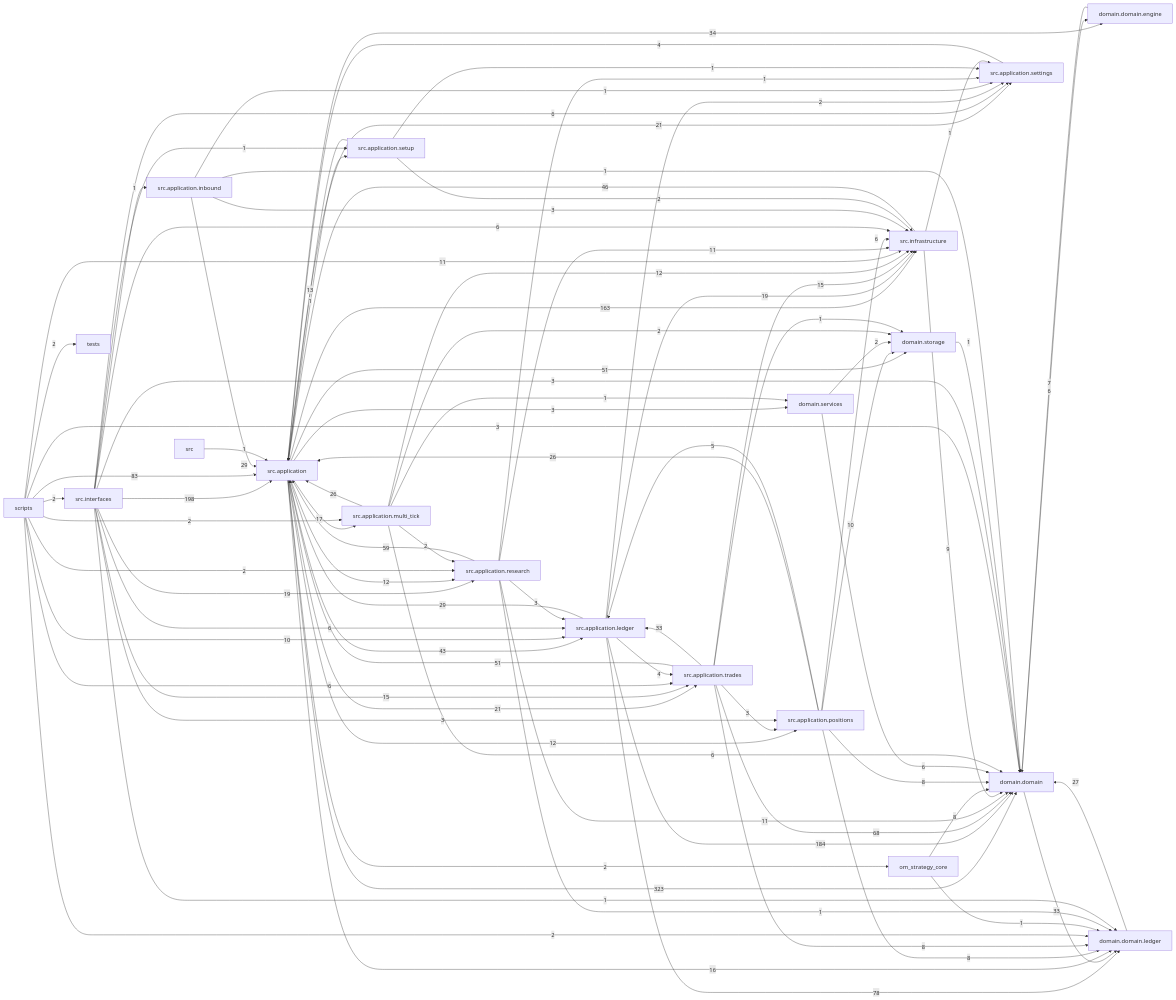
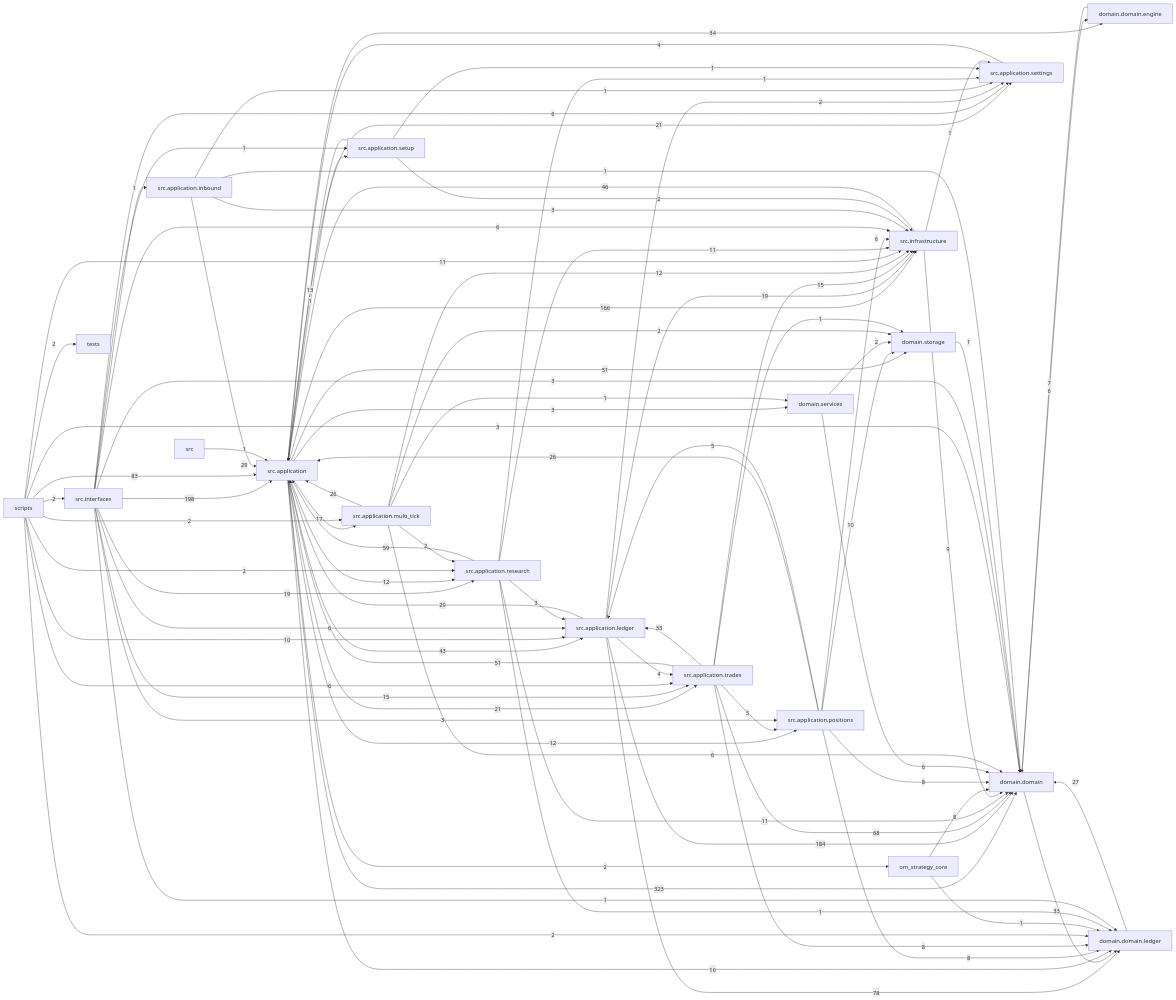
Before and after one commit to liuxie066/options-monitor: the diagram in docs/dependency_graph.mmd, drawn with Mermaid. The commit also changed 3 other files, not shown here.

Commit message:
test(tick): reject unqualified benchmark samples and refresh dependency graph

```diff
--- a/docs/dependency_graph.mmd
+++ b/docs/dependency_graph.mmd
@@ -1,88 +1,88 @@
 flowchart LR
   src_application["src.application"] -->|323| domain_domain["domain.domain"]
   src_interfaces["src.interfaces"] -->|198| src_application["src.application"]
   src_application_ledger["src.application.ledger"] -->|184| domain_domain["domain.domain"]
-  src_application["src.application"] -->|163| src_infrastructure["src.infrastructure"]
+  src_application["src.application"] -->|166| src_infrastructure["src.infrastructure"]
   scripts["scripts"] -->|83| src_application["src.application"]
   src_application_ledger["src.application.ledger"] -->|78| domain_domain_ledger["domain.domain.ledger"]
   src_application_trades["src.application.trades"] -->|68| domain_domain["domain.domain"]
   src_application_research["src.application.research"] -->|59| src_application["src.application"]
   src_application["src.application"] -->|51| domain_storage["domain.storage"]
   src_application_trades["src.application.trades"] -->|51| src_application["src.application"]
   src_infrastructure["src.infrastructure"] -->|46| src_application["src.application"]
   src_application["src.application"] -->|43| src_application_ledger["src.application.ledger"]
   src_application["src.application"] -->|34| domain_domain_engine["domain.domain.engine"]
   domain_domain["domain.domain"] -->|33| domain_domain_ledger["domain.domain.ledger"]
   src_application_trades["src.application.trades"] -->|33| src_application_ledger["src.application.ledger"]
   src_application_inbound["src.application.inbound"] -->|29| src_application["src.application"]
   src_application_ledger["src.application.ledger"] -->|29| src_application["src.application"]
   domain_domain_ledger["domain.domain.ledger"] -->|27| domain_domain["domain.domain"]
   src_application_multi_tick["src.application.multi_tick"] -->|26| src_application["src.application"]
   src_application_positions["src.application.positions"] -->|26| src_application["src.application"]
   src_application["src.application"] -->|21| src_application_settings["src.application.settings"]
   src_application["src.application"] -->|21| src_application_trades["src.application.trades"]
   src_application_ledger["src.application.ledger"] -->|19| src_infrastructure["src.infrastructure"]
   src_interfaces["src.interfaces"] -->|19| src_application_research["src.application.research"]
   src_application["src.application"] -->|17| src_application_multi_tick["src.application.multi_tick"]
   src_application["src.application"] -->|16| domain_domain_ledger["domain.domain.ledger"]
   src_application_trades["src.application.trades"] -->|15| src_infrastructure["src.infrastructure"]
   src_interfaces["src.interfaces"] -->|15| src_application_trades["src.application.trades"]
   src_application_setup["src.application.setup"] -->|13| src_application["src.application"]
   src_application["src.application"] -->|12| src_application_positions["src.application.positions"]
   src_application["src.application"] -->|12| src_application_research["src.application.research"]
   src_application_multi_tick["src.application.multi_tick"] -->|12| src_infrastructure["src.infrastructure"]
   scripts["scripts"] -->|11| src_infrastructure["src.infrastructure"]
   src_application_research["src.application.research"] -->|11| domain_domain["domain.domain"]
   src_application_research["src.application.research"] -->|11| src_infrastructure["src.infrastructure"]
   scripts["scripts"] -->|10| src_application_ledger["src.application.ledger"]
   src_application_positions["src.application.positions"] -->|10| domain_storage["domain.storage"]
   src_infrastructure["src.infrastructure"] -->|9| domain_domain["domain.domain"]
   om_strategy_core["om_strategy_core"] -->|8| domain_domain["domain.domain"]
   src_application_positions["src.application.positions"] -->|8| domain_domain["domain.domain"]
   src_application_positions["src.application.positions"] -->|8| domain_domain_ledger["domain.domain.ledger"]
   src_application_trades["src.application.trades"] -->|8| domain_domain_ledger["domain.domain.ledger"]
   domain_domain_engine["domain.domain.engine"] -->|7| domain_domain["domain.domain"]
   domain_domain["domain.domain"] -->|6| domain_domain_engine["domain.domain.engine"]
   domain_services["domain.services"] -->|6| domain_domain["domain.domain"]
   scripts["scripts"] -->|6| src_application_trades["src.application.trades"]
   src_application_multi_tick["src.application.multi_tick"] -->|6| domain_domain["domain.domain"]
   src_application_positions["src.application.positions"] -->|6| src_infrastructure["src.infrastructure"]
   src_interfaces["src.interfaces"] -->|6| src_application_ledger["src.application.ledger"]
   src_interfaces["src.interfaces"] -->|6| src_application_settings["src.application.settings"]
   src_interfaces["src.interfaces"] -->|6| src_infrastructure["src.infrastructure"]
   src_application_positions["src.application.positions"] -->|5| src_application_ledger["src.application.ledger"]
   src_application_ledger["src.application.ledger"] -->|4| src_application_trades["src.application.trades"]
   src_application_settings["src.application.settings"] -->|4| src_application["src.application"]
   scripts["scripts"] -->|3| domain_domain["domain.domain"]
   src_application["src.application"] -->|3| domain_services["domain.services"]
   src_application_inbound["src.application.inbound"] -->|3| src_infrastructure["src.infrastructure"]
   src_application_research["src.application.research"] -->|3| src_application_ledger["src.application.ledger"]
   src_application_trades["src.application.trades"] -->|3| src_application_positions["src.application.positions"]
   src_interfaces["src.interfaces"] -->|3| domain_domain["domain.domain"]
   src_interfaces["src.interfaces"] -->|3| src_application_positions["src.application.positions"]
   domain_services["domain.services"] -->|2| domain_storage["domain.storage"]
   scripts["scripts"] -->|2| domain_domain_ledger["domain.domain.ledger"]
   scripts["scripts"] -->|2| src_application_multi_tick["src.application.multi_tick"]
   scripts["scripts"] -->|2| src_application_research["src.application.research"]
   scripts["scripts"] -->|2| src_interfaces["src.interfaces"]
   scripts["scripts"] -->|2| tests["tests"]
   src_application["src.application"] -->|2| om_strategy_core["om_strategy_core"]
   src_application_ledger["src.application.ledger"] -->|2| src_application_settings["src.application.settings"]
   src_application_multi_tick["src.application.multi_tick"] -->|2| domain_storage["domain.storage"]
   src_application_multi_tick["src.application.multi_tick"] -->|2| src_application_research["src.application.research"]
   src_application_setup["src.application.setup"] -->|2| src_infrastructure["src.infrastructure"]
   domain_storage["domain.storage"] -->|1| domain_domain["domain.domain"]
   om_strategy_core["om_strategy_core"] -->|1| domain_domain_ledger["domain.domain.ledger"]
   src["src"] -->|1| src_application["src.application"]
   src_application["src.application"] -->|1| src_application_setup["src.application.setup"]
   src_application_inbound["src.application.inbound"] -->|1| domain_domain["domain.domain"]
   src_application_inbound["src.application.inbound"] -->|1| src_application_settings["src.application.settings"]
   src_application_multi_tick["src.application.multi_tick"] -->|1| domain_services["domain.services"]
   src_application_research["src.application.research"] -->|1| domain_domain_ledger["domain.domain.ledger"]
   src_application_research["src.application.research"] -->|1| src_application_settings["src.application.settings"]
   src_application_setup["src.application.setup"] -->|1| src_application_settings["src.application.settings"]
   src_application_trades["src.application.trades"] -->|1| domain_storage["domain.storage"]
   src_infrastructure["src.infrastructure"] -->|1| src_application_settings["src.application.settings"]
   src_interfaces["src.interfaces"] -->|1| domain_domain_ledger["domain.domain.ledger"]
   src_interfaces["src.interfaces"] -->|1| src_application_inbound["src.application.inbound"]
   src_interfaces["src.interfaces"] -->|1| src_application_setup["src.application.setup"]
```
